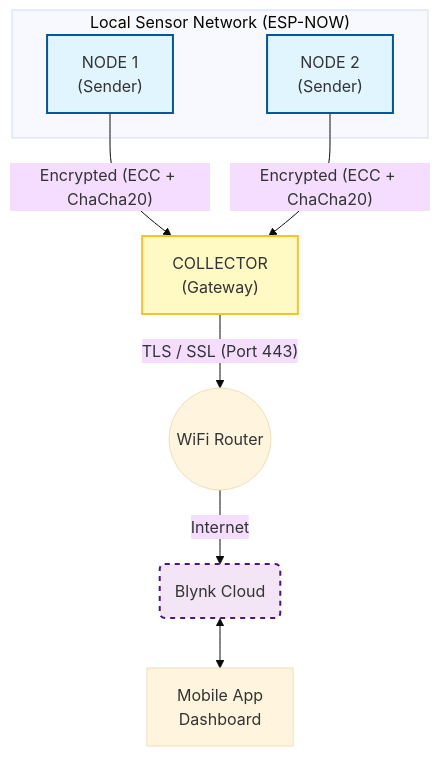
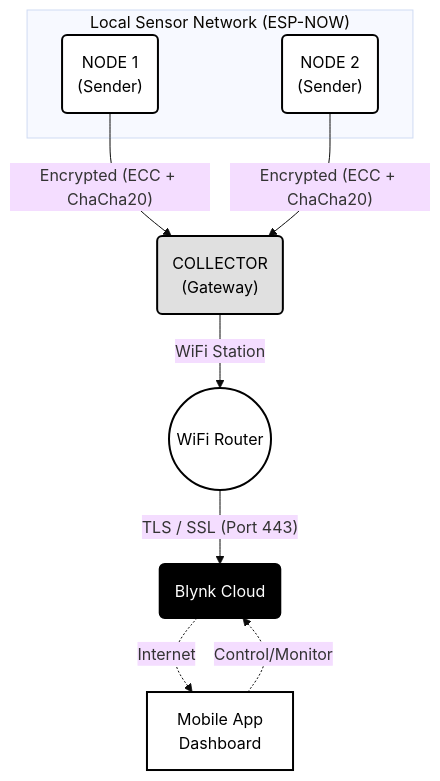
The diagram in README.md (ravifposeur/esp32-secure-smart-farming), drawn with Mermaid (base theme) before and after one commit. The commit also changed other lines of this file, not shown here.

````diff
--- a/README.md
+++ b/README.md
@@ -22,25 +22,27 @@
 ```mermaid
 graph TD
-    %% Node Styles
-    classDef sensor fill:#e1f5fe,stroke:#01579b,stroke-width:2px;
-    classDef gateway fill:#fff9c4,stroke:#fbc02d,stroke-width:2px;
-    classDef cloud fill:#f3e5f5,stroke:#4a148c,stroke-width:2px,stroke-dasharray: 5 5;
-
+    %% --- STYLING (High Contrast Monochrome) ---
+    classDef white fill:#ffffff,stroke:#000000,stroke-width:2px,color:#000000;
+    classDef grey  fill:#e0e0e0,stroke:#000000,stroke-width:2px,color:#000000;
+    classDef black fill:#000000,stroke:#000000,stroke-width:2px,color:#ffffff;
+    
+    %% --- NODES ---
     subgraph "Local Sensor Network (ESP-NOW)"
-        N1["NODE 1<br/>(Sender)"]:::sensor
-        N2["NODE 2<br/>(Sender)"]:::sensor
+        N1("NODE 1<br/>(Sender)"):::white
+        N2("NODE 2<br/>(Sender)"):::white
     end
 
-    G["COLLECTOR<br/>(Gateway)"]:::gateway
-    R((WiFi Router))
-    B(Blynk Cloud):::cloud
-    App["Mobile App<br/>Dashboard"]
+    G("COLLECTOR<br/>(Gateway)"):::grey
+    R(("WiFi Router")):::white
+    B("Blynk Cloud"):::black
+    App["Mobile App<br/>Dashboard"]:::white
 
-    %% Data Flow
+    %% --- CONNECTIONS ---
     N1 -- "Encrypted (ECC + ChaCha20)" --> G
     N2 -- "Encrypted (ECC + ChaCha20)" --> G
     
-    G -- "TLS / SSL (Port 443)" --> R
-    R -- "Internet" --> B
-    B <--> App
+    G -- "WiFi Station" --> R
+    R -- "TLS / SSL (Port 443)" --> B
+    B -. "Internet" .-> App
+    App -. "Control/Monitor" .-> B
 ```
````
